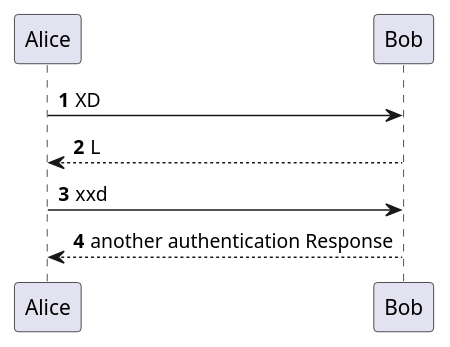
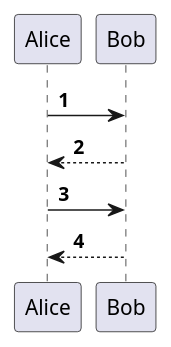
The diagram in src/main/java/com/grupo4/trabajo/Diagramas/diagrama_secuencia.puml (bacarvalho/TrabajoPractico), drawn with PlantUML before and after one commit. The commit also changed 16 other files, not shown here.

```diff
--- a/src/main/java/com/grupo4/trabajo/Diagramas/diagrama_secuencia.puml
+++ b/src/main/java/com/grupo4/trabajo/Diagramas/diagrama_secuencia.puml
@@ -1,11 +1,11 @@
 @startuml
 'https://plantuml.com/sequence-diagram
 
 autonumber
 
-Alice -> Bob: XD
-Bob --> Alice: L
+Alice -> Bob:
+Bob --> Alice:
 
-Alice -> Bob: xxd
-Alice <-- Bob: another authentication Response
+Alice -> Bob:
+Alice <-- Bob:
 @enduml
```
